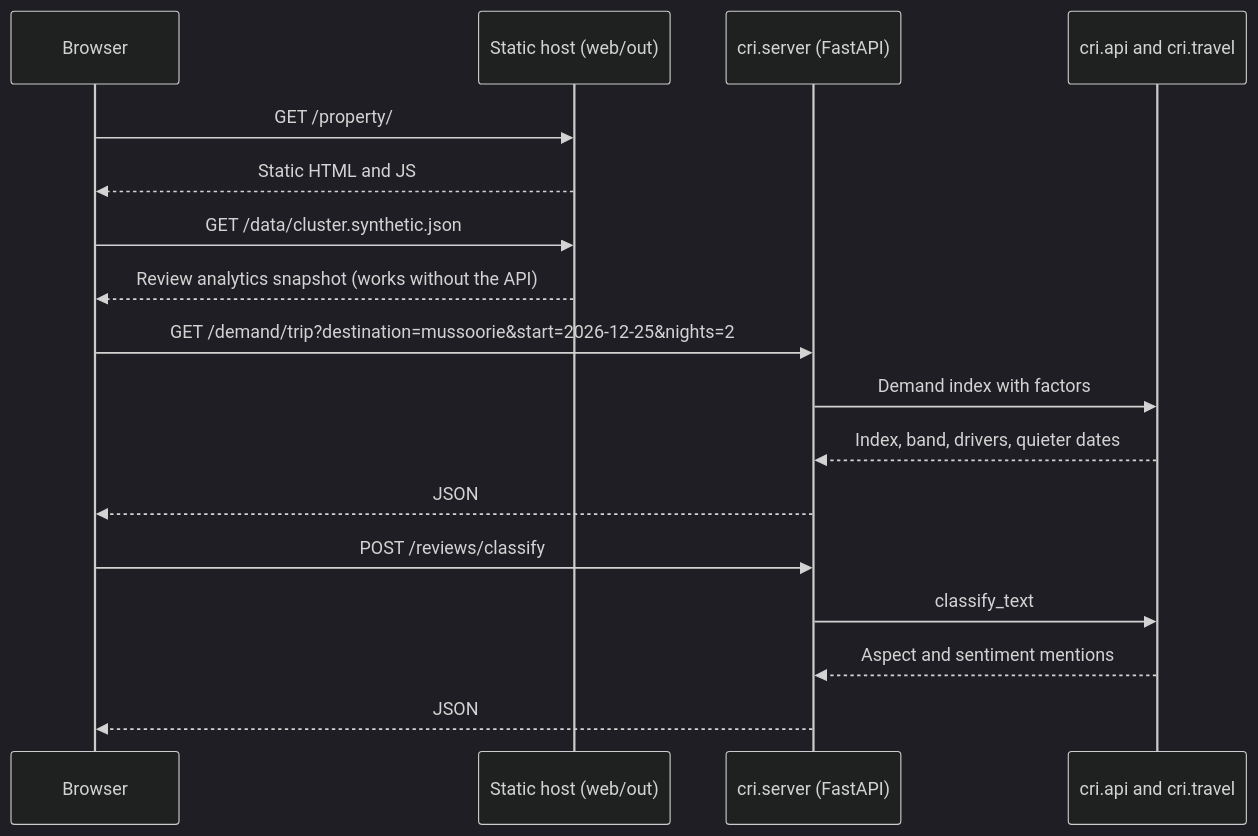
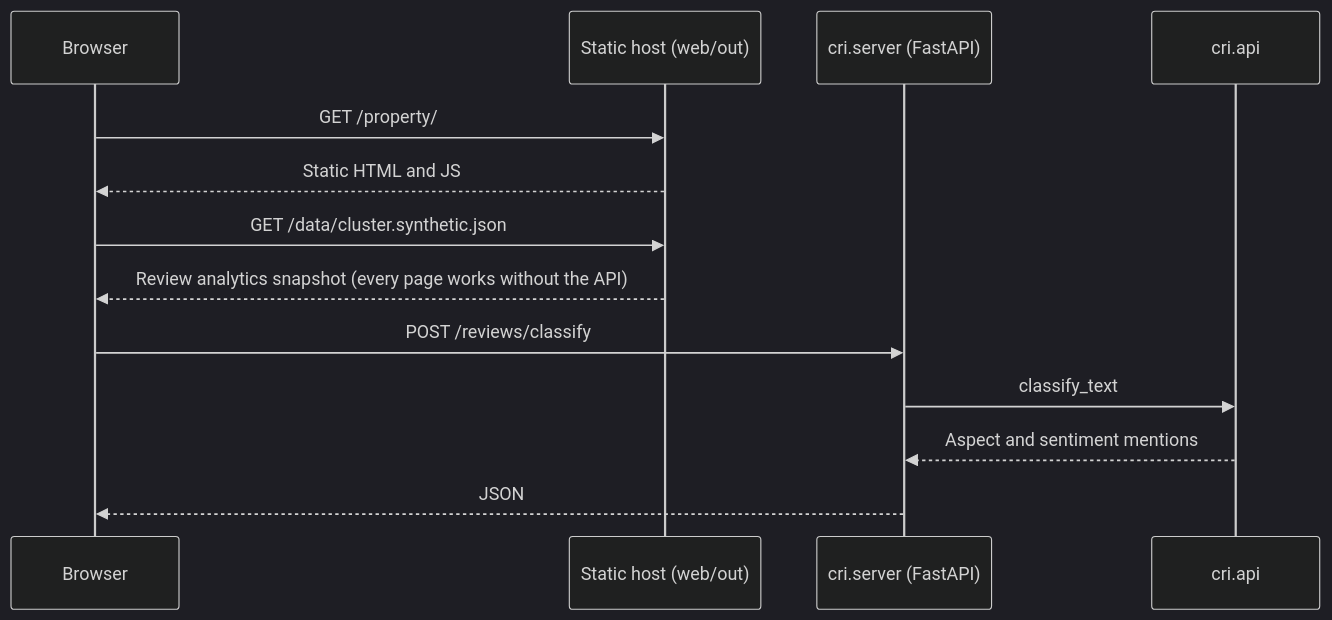
The third of 10 diagrams in README.md (AnubhavKiroula/cluster-review-intelligence), drawn with Mermaid (dark theme) before and after one commit. The commit also changed other lines of this file and 5 other files, not shown here.

````diff
--- a/README.md
+++ b/README.md
@@ -202,20 +190,16 @@
 ```mermaid
 sequenceDiagram
     participant B as Browser
     participant H as Static host (web/out)
     participant S as cri.server (FastAPI)
-    participant C as cri.api and cri.travel
+    participant C as cri.api
 
     B->>H: GET /property/
     H-->>B: Static HTML and JS
     B->>H: GET /data/cluster.synthetic.json
-    H-->>B: Review analytics snapshot (works without the API)
-    B->>S: GET /demand/trip?destination=mussoorie&start=2026-12-25&nights=2
-    S->>C: Demand index with factors
-    C-->>S: Index, band, drivers, quieter dates
-    S-->>B: JSON
+    H-->>B: Review analytics snapshot (every page works without the API)
     B->>S: POST /reviews/classify
     S->>C: classify_text
     C-->>S: Aspect and sentiment mentions
     S-->>B: JSON
 ```
````
